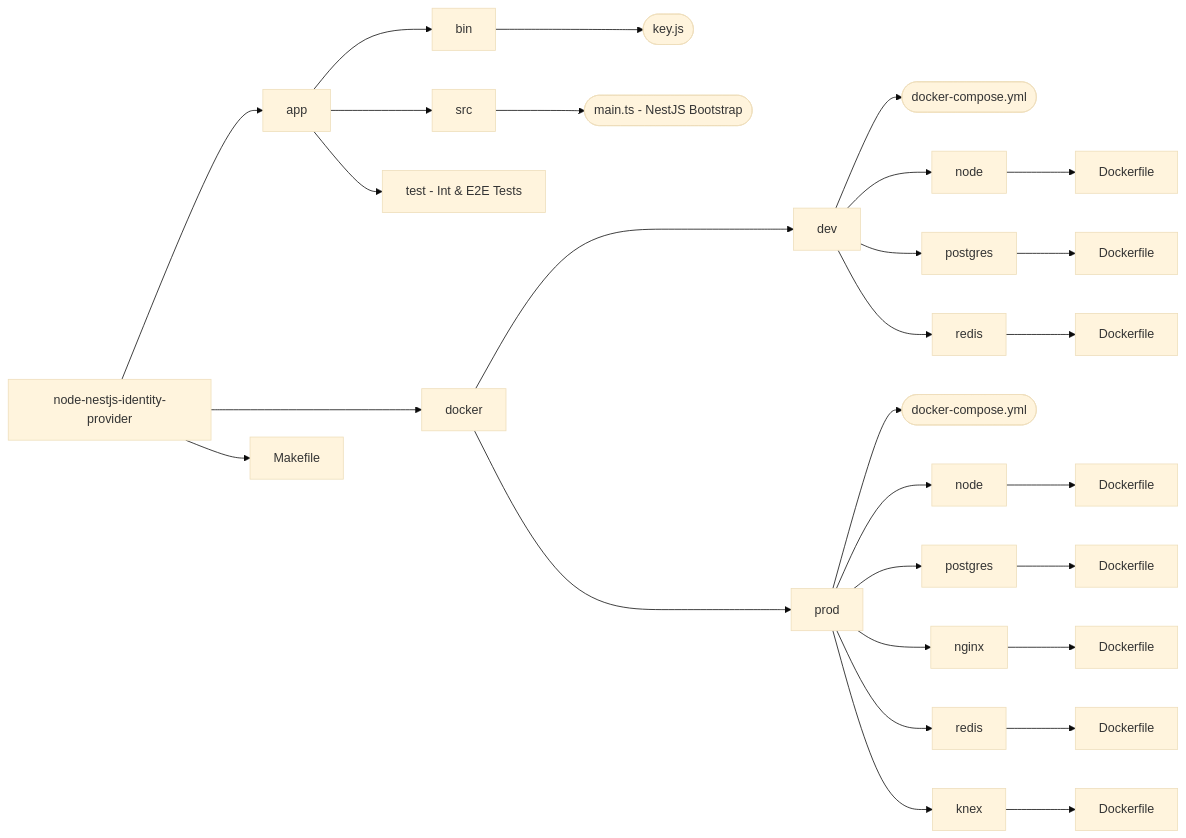
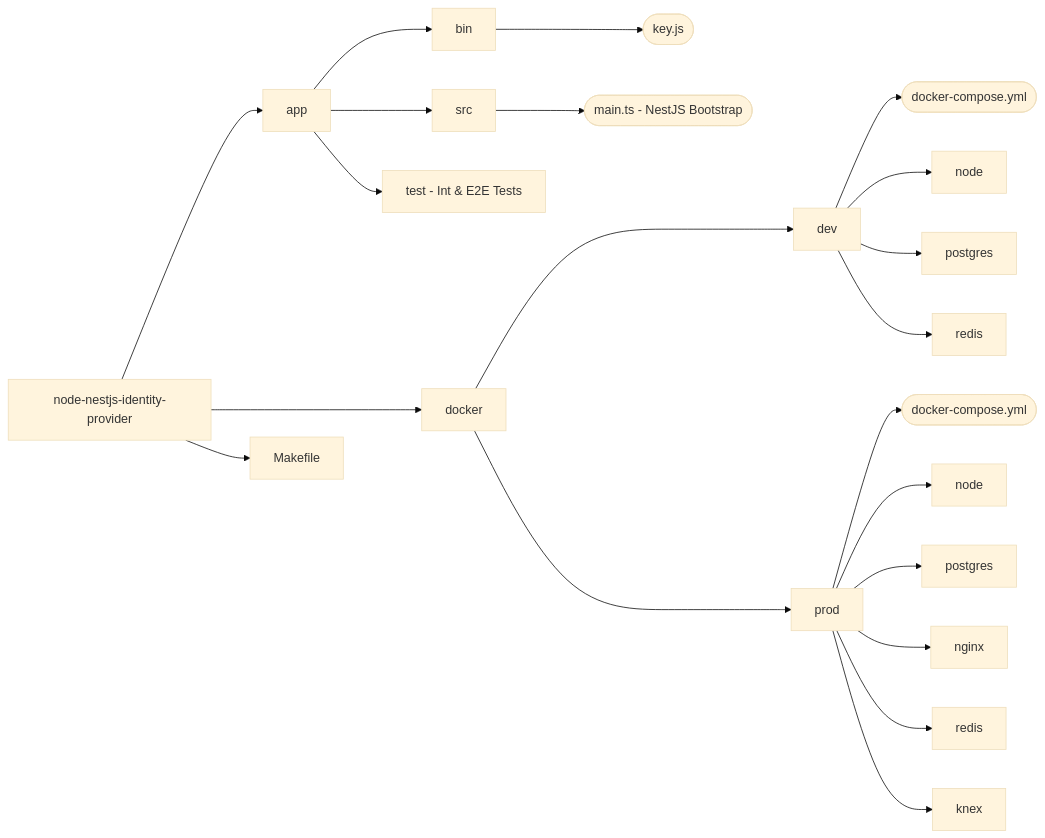
One commit to syniol/node-nestjs-identity-provider changed the first of 2 diagrams in README.md. Above: the diagram before and after it, drawn with Mermaid (base theme). The commit also changed 2 other files, not shown here.

Commit message:
Enabled cors and added a new env variable for proxy url

````diff
--- a/README.md
+++ b/README.md
@@ -33,40 +33,40 @@
 ```mermaid
 graph LR
     A[node-nestjs-identity-provider];
     A --> A1[app];
     A ---> A2[docker];
     A --> A3[Makefile]; 
     A1 --> B[bin];
     A1 --> S[src]
     A1 --> T[test - Int & E2E Tests]
 
     B --> B1([key.js]);
 
     A2 ---> C1[dev];
     A2 ---> C2[prod];
 
     C1 --> D1([docker-compose.yml])
     C2 --> D2([docker-compose.yml])
 
     C1 --> DD1[node]
     C1 --> DD2[postgres]
     C1 --> DD3[redis]
 
-    DD1 --> DDD1[Dockerfile]
-    DD2 --> DDD2[Dockerfile]
-    DD3 --> DDD3[Dockerfile]
+%%    DD1 --> DDD1[Dockerfile]
+%%    DD2 --> DDD2[Dockerfile]
+%%    DD3 --> DDD3[Dockerfile]
     
     C2 --> DP1[node]
     C2 --> DP2[postgres]
     C2 --> DP3[nginx]
     C2 --> DP4[redis]
     C2 --> DP5[knex]
 
-    DP1 --> DPD1[Dockerfile]
-    DP2 --> DPD2[Dockerfile]
-    DP3 --> DPD3[Dockerfile]
-    DP4 --> DPD4[Dockerfile]
-    DP5 --> DPD5[Dockerfile]
+%%    DP1 --> DPD1[Dockerfile]
+%%    DP2 --> DPD2[Dockerfile]
+%%    DP3 --> DPD3[Dockerfile]
+%%    DP4 --> DPD4[Dockerfile]
+%%    DP5 --> DPD5[Dockerfile]
 
     S --> S1([main.ts - NestJS Bootstrap])
 ```
````
